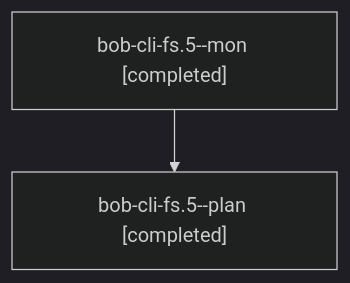
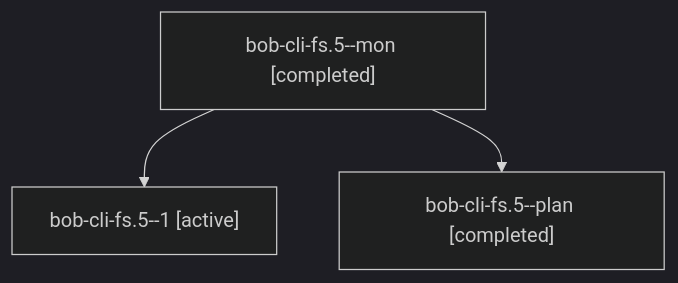
One commit to bobs-org/bob-cli--agents changed the diagram in sessions/bbugyi200.athena.bob-cli-fs.5.md. Above: the diagram before and after it, drawn with Mermaid (dark theme). The commit also changed other lines of this file and 95 other files, not shown here.

````diff
--- a/sessions/bbugyi200.athena.bob-cli-fs.5.md
+++ b/sessions/bbugyi200.athena.bob-cli-fs.5.md
@@ -9,6 +9,8 @@
 ```mermaid
 flowchart TD
   n0["bob-cli-fs.5--mon [completed]"]
-  n1["bob-cli-fs.5--plan [completed]"]
+  n1["bob-cli-fs.5--1 [active]"]
   n0 --> n1
+  n2["bob-cli-fs.5--plan [completed]"]
+  n0 --> n2
 ```
````
